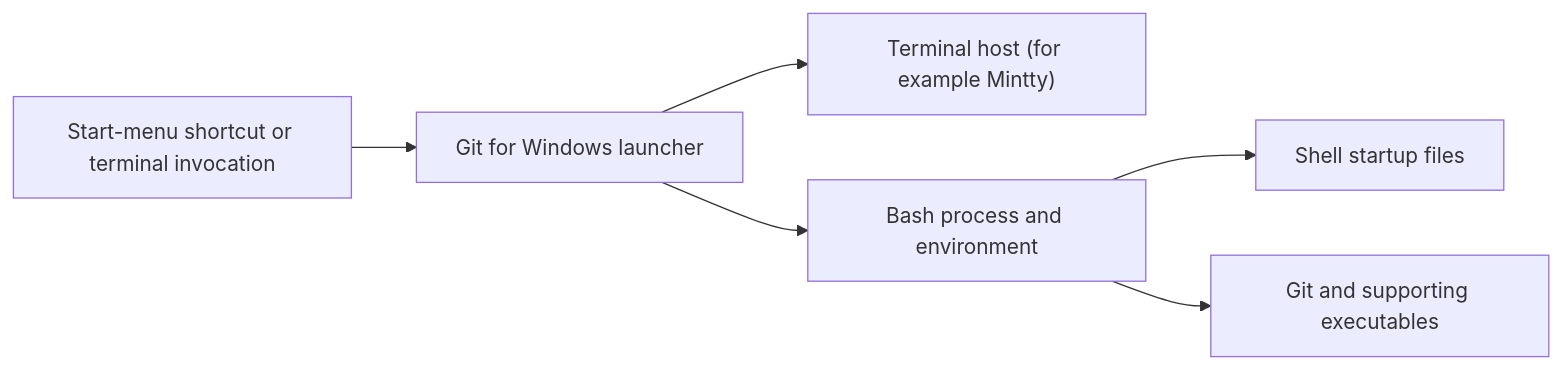
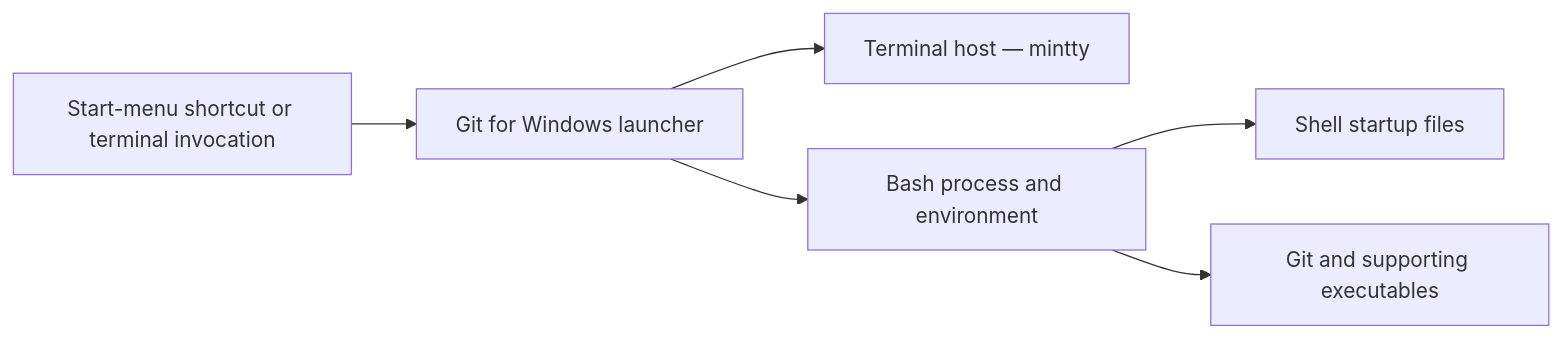
Before and after one commit to baileyrd/AKB: the diagram in docs/GIT-FOR-WINDOWS-LAUNCHER-STARTUP.md, drawn with Mermaid. The commit also changed other lines of this file and 12 other files, not shown here.

````diff
--- a/docs/GIT-FOR-WINDOWS-LAUNCHER-STARTUP.md
+++ b/docs/GIT-FOR-WINDOWS-LAUNCHER-STARTUP.md
@@ -13,8 +13,8 @@
 ```mermaid
 flowchart LR
     A["Start-menu shortcut or terminal invocation"] --> B["Git for Windows launcher"]
-    B --> C["Terminal host (for example Mintty)"]
+    B --> C["Terminal host — mintty"]
     B --> D["Bash process and environment"]
     D --> E["Shell startup files"]
     D --> F["Git and supporting executables"]
 ```
````
